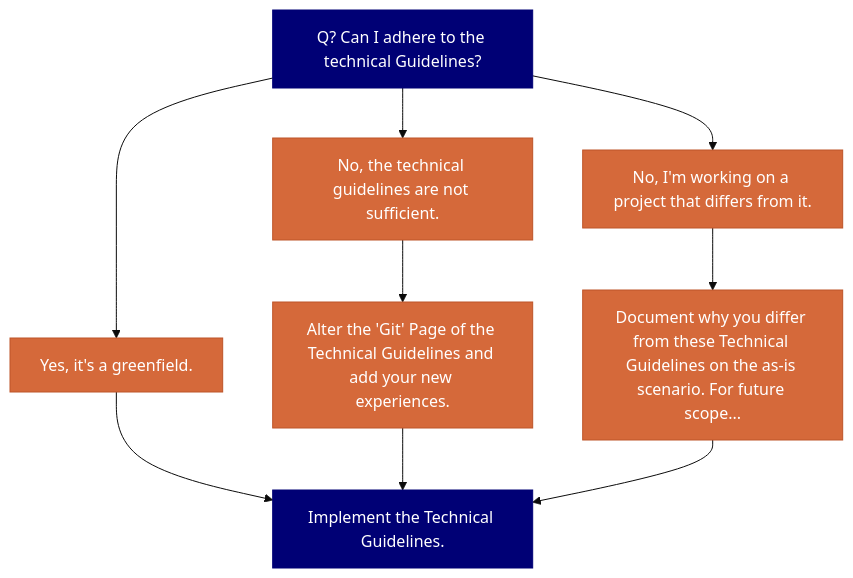
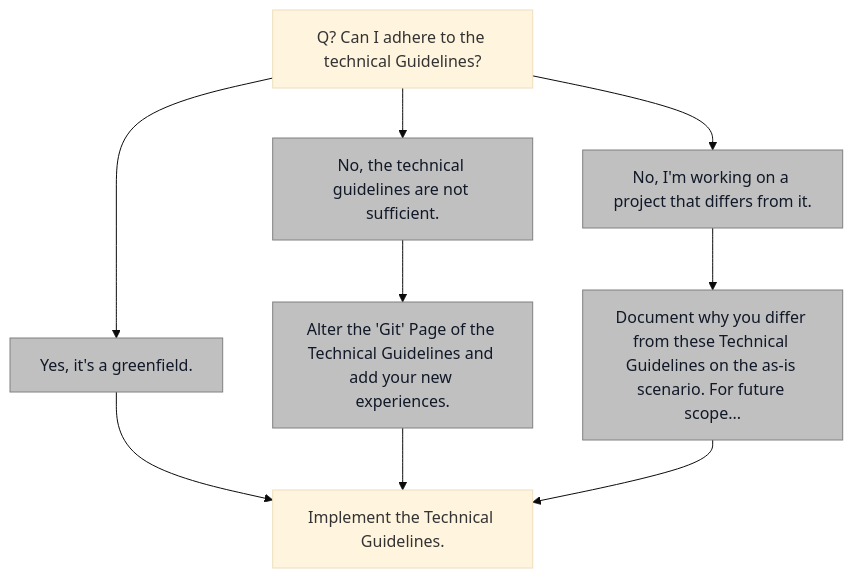
The diagram in docs/technical-guidelines/why-technical-guidelines.md (PlainsightPro/Vision-Playbook), drawn with Mermaid before and after one commit. The commit also changed other lines of this file and 62 other files, not shown here.

````diff
--- a/docs/technical-guidelines/why-technical-guidelines.md
+++ b/docs/technical-guidelines/why-technical-guidelines.md
@@ -5,23 +9,21 @@
 ```mermaid
-%%{init: { "theme": "base", "flowchart": { "useMaxWidth": true }, "themeVariables": { "primaryTextColor": "#FFFFFF" } } }%%
+%%{init: { "theme": "base", "flowchart": { "useMaxWidth": true } } }%%
 graph TD;
     A[Q? Can I adhere to the technical Guidelines?]
     B[Yes, it's a greenfield.]
     C[Implement the Technical Guidelines.]
     D[No, the technical guidelines are not sufficient.]
     E[Alter the 'Git' Page of the Technical Guidelines and add your new experiences.]
     F[No, I'm working on a project that differs from it.]
     G[Document why you differ from these Technical Guidelines on the as-is scenario. For future scope...]
     
 
     A --> B --> C
     A --> D --> E --> C
     A --> F --> G --> C
     
 
-    classDef orangeBox fill:#D5693A,stroke:#BD5428,stroke-width:1px,color:#FFFFFF;
-    class B,D,E,F,G orangeBox;
+    classDef silver fill:#C0C0C0,stroke:#808080,stroke-width:1px,color:#111827;
+    class B,D,E,F,G silver;
 
-    classDef blueBox fill:#000075,stroke:#000075,stroke-width:1px,color:#FFFFFF;
-    class A,C blueBox;
 ```
````
